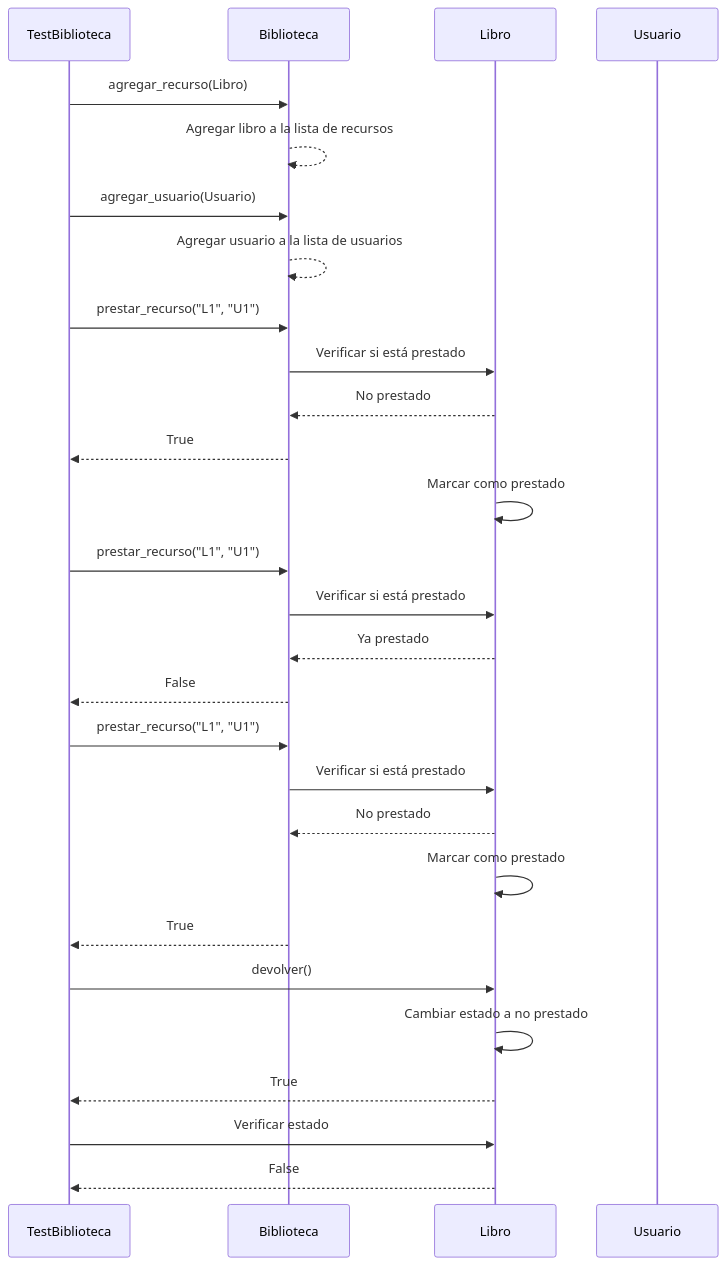
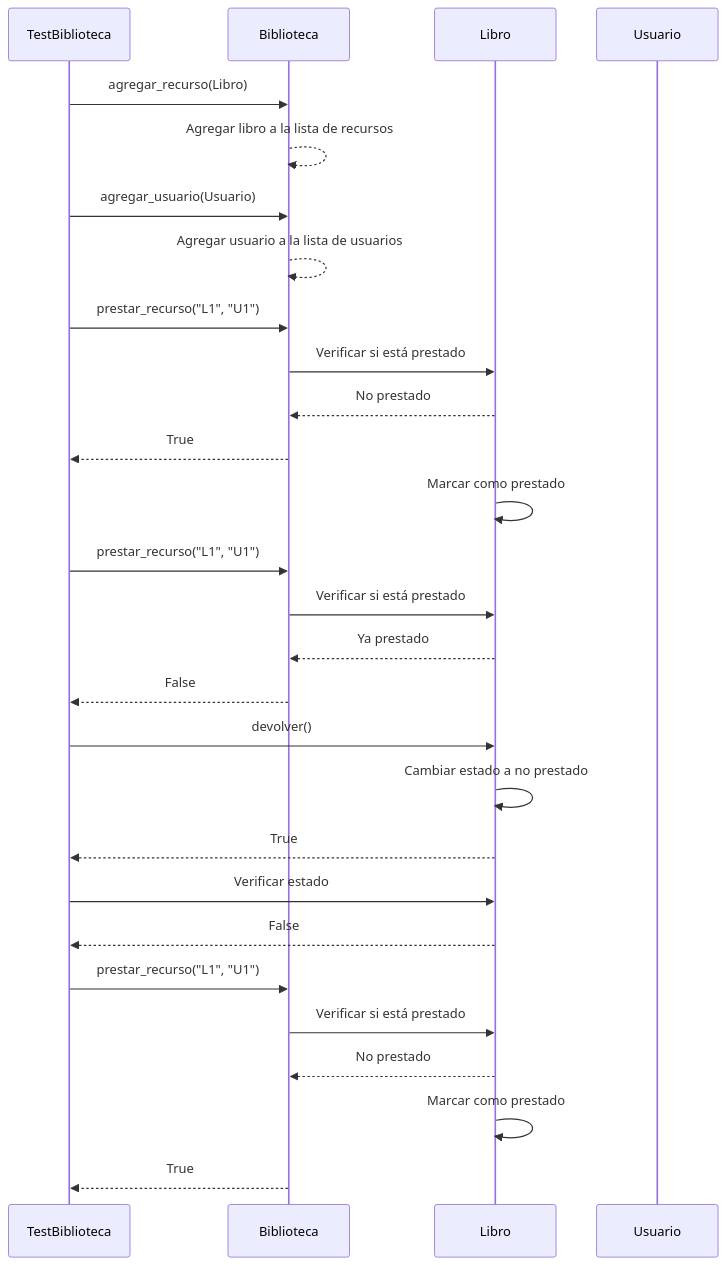
The second of 2 diagrams in 1-05-Jerarquia_organizacion_y_estructuracion_de_clases.md (joelBonelli/AOO), drawn with Mermaid before and after one commit. The commit also changed other lines of this file, not shown here.

````diff
--- a/1-05-Jerarquia_organizacion_y_estructuracion_de_clases.md
+++ b/1-05-Jerarquia_organizacion_y_estructuracion_de_clases.md
@@ -263,36 +263,36 @@
 ```mermaid
 sequenceDiagram
     participant Test as TestBiblioteca
     participant Biblioteca as Biblioteca
     participant Libro as Libro
     participant Usuario as Usuario
 
     Test->>Biblioteca: agregar_recurso(Libro)
     Biblioteca-->>Biblioteca: Agregar libro a la lista de recursos
     Test->>Biblioteca: agregar_usuario(Usuario)
     Biblioteca-->>Biblioteca: Agregar usuario a la lista de usuarios
 
     Test->>Biblioteca: prestar_recurso("L1", "U1")
     Biblioteca->>Libro: Verificar si está prestado
     Libro-->>Biblioteca: No prestado
     Biblioteca-->>Test: True
     Libro->>Libro: Marcar como prestado
 
     Test->>Biblioteca: prestar_recurso("L1", "U1")
     Biblioteca->>Libro: Verificar si está prestado
     Libro-->>Biblioteca: Ya prestado
     Biblioteca-->>Test: False
 
+    Test->>Libro: devolver()
+    Libro->>Libro: Cambiar estado a no prestado
+    Libro-->>Test: True
+    Test->>Libro: Verificar estado
+    Libro-->>Test: False
+
     Test->>Biblioteca: prestar_recurso("L1", "U1")
     Biblioteca->>Libro: Verificar si está prestado
     Libro-->>Biblioteca: No prestado
     Libro->>Libro: Marcar como prestado
     Biblioteca-->>Test: True
 
-    Test->>Libro: devolver()
-    Libro->>Libro: Cambiar estado a no prestado
-    Libro-->>Test: True
-    Test->>Libro: Verificar estado
-    Libro-->>Test: False
-
 ```
````
